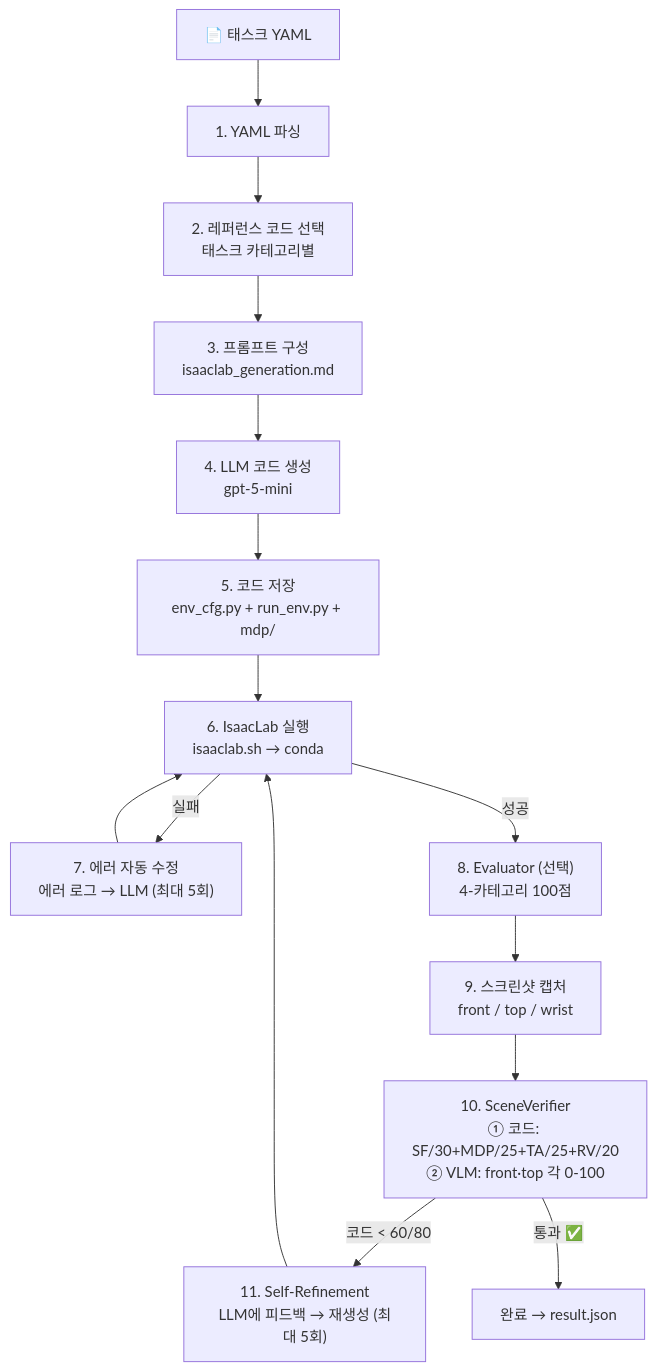
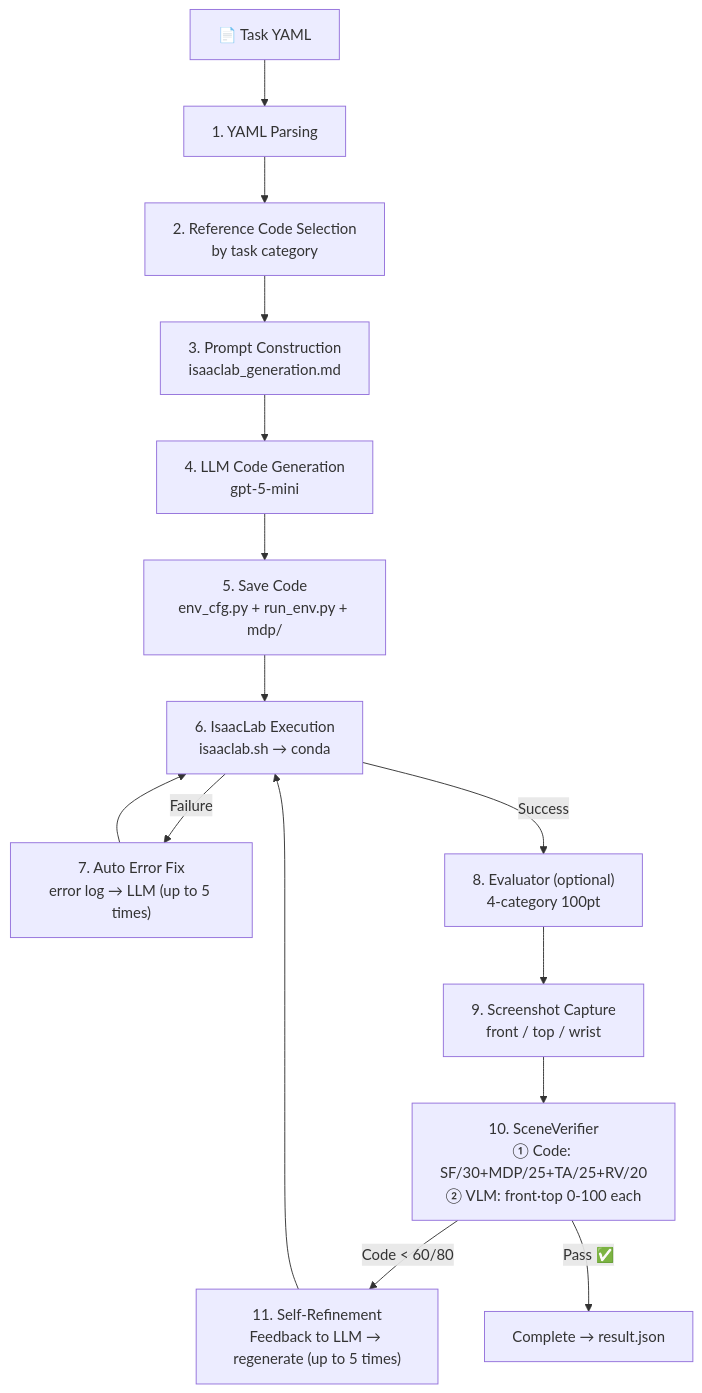
One commit to SKKU-PRISM/Simulation-Generation-Agent changed the third of 3 diagrams in docs/architecture.md. Above: the diagram before and after it, drawn with Mermaid. The commit also changed other lines of this file and 7 other files, not shown here.

````diff
--- a/docs/architecture.md
+++ b/docs/architecture.md
@@ -77,20 +79,20 @@
 ```mermaid
 flowchart TD
-    YAML["📄 태스크 YAML"] --> PARSE["1. YAML 파싱"]
-    PARSE --> REF["2. 레퍼런스 코드 선택\n태스크 카테고리별"]
-    REF --> PROMPT["3. 프롬프트 구성\nisaaclab_generation.md"]
-    PROMPT --> GEN["4. LLM 코드 생성\ngpt-5-mini"]
-    GEN --> WRITE["5. 코드 저장\nenv_cfg.py + run_env.py + mdp/"]
-    WRITE --> EXEC["6. IsaacLab 실행\nisaaclab.sh → conda"]
+    YAML["📄 Task YAML"] --> PARSE["1. YAML Parsing"]
+    PARSE --> REF["2. Reference Code Selection\nby task category"]
+    REF --> PROMPT["3. Prompt Construction\nisaaclab_generation.md"]
+    PROMPT --> GEN["4. LLM Code Generation\ngpt-5-mini"]
+    GEN --> WRITE["5. Save Code\nenv_cfg.py + run_env.py + mdp/"]
+    WRITE --> EXEC["6. IsaacLab Execution\nisaaclab.sh → conda"]
 
-    EXEC -- "실패" --> FIX["7. 에러 자동 수정\n에러 로그 → LLM (최대 5회)"]
+    EXEC -- "Failure" --> FIX["7. Auto Error Fix\nerror log → LLM (up to 5 times)"]
     FIX --> EXEC
 
-    EXEC -- "성공" --> EVAL["8. Evaluator (선택)\n4-카테고리 100점"]
-    EVAL --> CAP["9. 스크린샷 캡처\nfront / top / wrist"]
-    CAP --> VER["10. SceneVerifier\n① 코드: SF/30+MDP/25+TA/25+RV/20\n② VLM: front·top 각 0-100"]
+    EXEC -- "Success" --> EVAL["8. Evaluator (optional)\n4-category 100pt"]
+    EVAL --> CAP["9. Screenshot Capture\nfront / top / wrist"]
+    CAP --> VER["10. SceneVerifier\n① Code: SF/30+MDP/25+TA/25+RV/20\n② VLM: front·top 0-100 each"]
 
-    VER -- "코드 < 60/80" --> REFINE["11. Self-Refinement\nLLM에 피드백 → 재생성 (최대 5회)"]
+    VER -- "Code < 60/80" --> REFINE["11. Self-Refinement\nFeedback to LLM → regenerate (up to 5 times)"]
     REFINE --> EXEC
-    VER -- "통과 ✅" --> DONE["완료 → result.json"]
+    VER -- "Pass ✅" --> DONE["Complete → result.json"]
 ```
````
